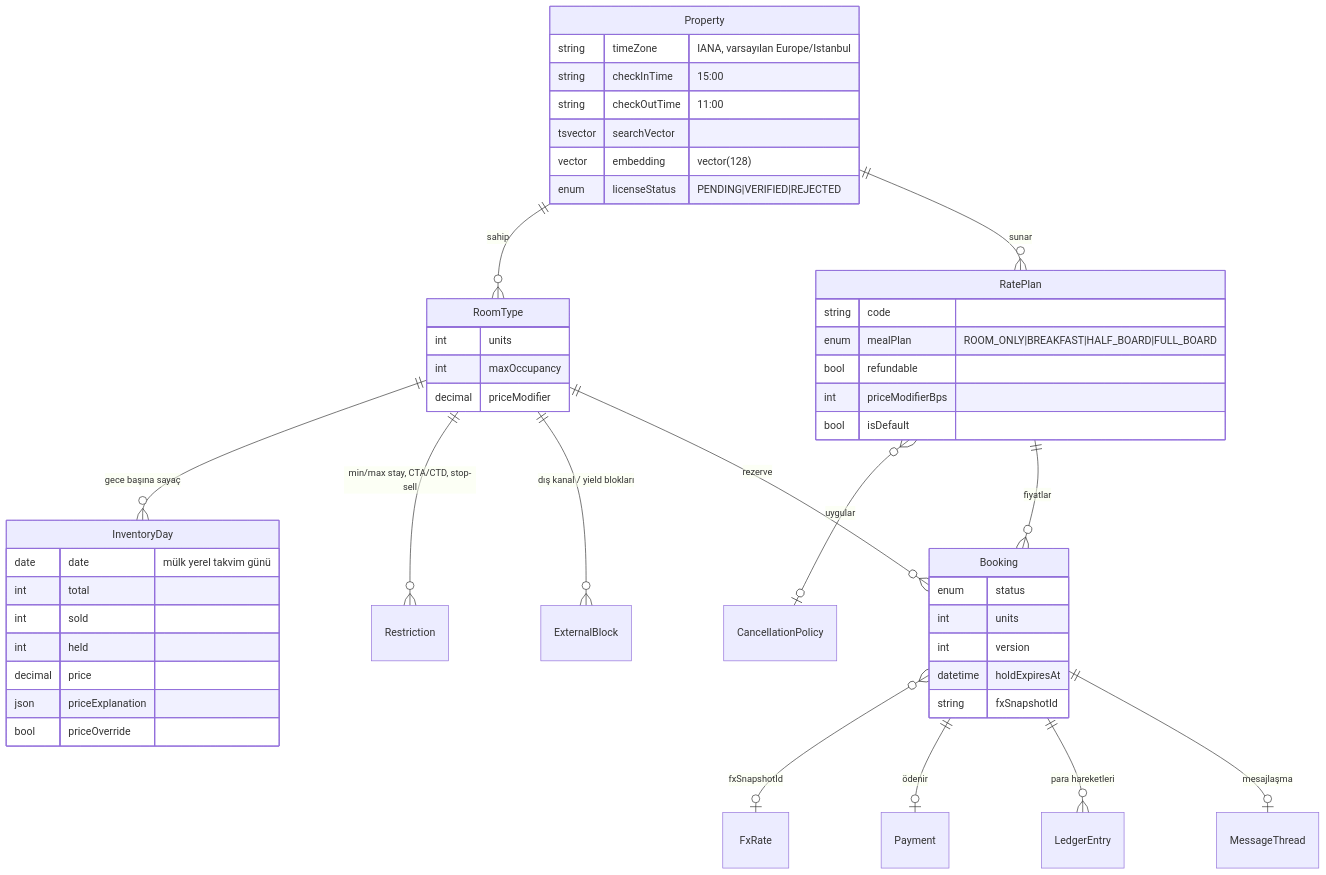
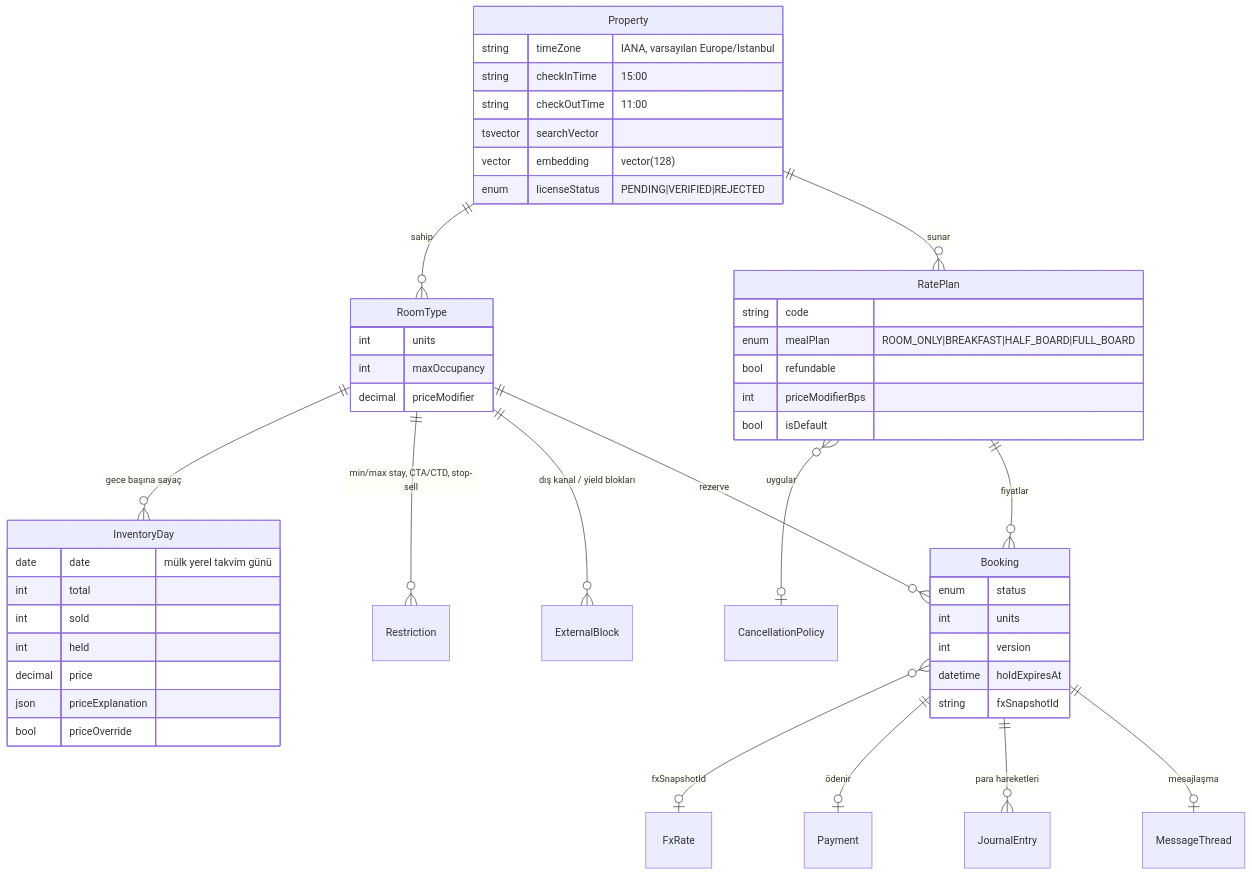
The first of 8 diagrams in docs/ARCHITECTURE.md (tunadeniz1304/booking-platform), drawn with Mermaid before and after one commit. The commit also changed 21 other files, not shown here.

Commit message:
refactor(ledger): drop LedgerEntry dual-write and derive view from journal

````diff
--- a/docs/ARCHITECTURE.md
+++ b/docs/ARCHITECTURE.md
@@ -58,52 +58,52 @@
 ```mermaid
 erDiagram
   Property ||--o{ RoomType : sahip
   Property ||--o{ RatePlan : sunar
   RatePlan }o--o| CancellationPolicy : uygular
   RoomType ||--o{ InventoryDay : "gece başına sayaç"
   RoomType ||--o{ Restriction : "min/max stay, CTA/CTD, stop-sell"
   RoomType ||--o{ ExternalBlock : "dış kanal / yield blokları"
   RoomType ||--o{ Booking : rezerve
   RatePlan ||--o{ Booking : fiyatlar
   Booking }o--o| FxRate : "fxSnapshotId"
   Booking ||--o| Payment : ödenir
-  Booking ||--o{ LedgerEntry : "para hareketleri"
+  Booking ||--o{ JournalEntry : "para hareketleri"
   Booking ||--o| MessageThread : mesajlaşma
 
   Property {
     string timeZone "IANA, varsayılan Europe/Istanbul"
     string checkInTime "15:00"
     string checkOutTime "11:00"
     tsvector searchVector
     vector embedding "vector(128)"
     enum licenseStatus "PENDING|VERIFIED|REJECTED"
   }
   RoomType {
     int units
     int maxOccupancy
     decimal priceModifier
   }
   InventoryDay {
     date date "mülk yerel takvim günü"
     int total
     int sold
     int held
     decimal price
     json priceExplanation
     bool priceOverride
   }
   RatePlan {
     string code
     enum mealPlan "ROOM_ONLY|BREAKFAST|HALF_BOARD|FULL_BOARD"
     bool refundable
     int priceModifierBps
     bool isDefault
   }
   Booking {
     enum status
     int units
     int version
     datetime holdExpiresAt
     string fxSnapshotId
   }
 ```
````
